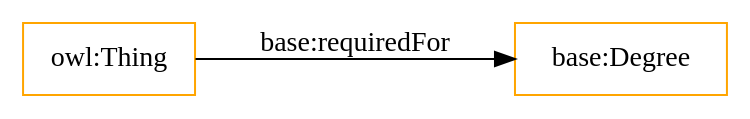
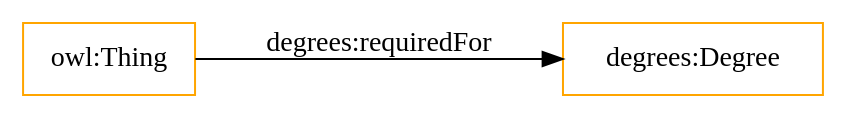
One commit to lsarni/OntoCIS changed the diagram in OnToology/degrees.owl/diagrams/ar2dtool-class/degrees.owl.png.dot. Above: the diagram before and after it, drawn with Graphviz. The commit also changed 32 other files, not shown here.

```diff
--- a/OnToology/degrees.owl/diagrams/ar2dtool-class/degrees.owl.png.dot
+++ b/OnToology/degrees.owl/diagrams/ar2dtool-class/degrees.owl.png.dot
@@ -1,7 +1,7 @@
 digraph ar2dtool_diagram { 
 rankdir=LR;
 size="1501"
-node [shape = rectangle, color="orange"]; "base:Degree" ; /*classes style*/
-	"owl:Thing" -> "base:Degree" [ label = "base:requiredFor" ];
+node [shape = rectangle, color="orange"]; "degrees:Degree" ; /*classes style*/
+	"owl:Thing" -> "degrees:Degree" [ label = "degrees:requiredFor" ];
 
 }
```
